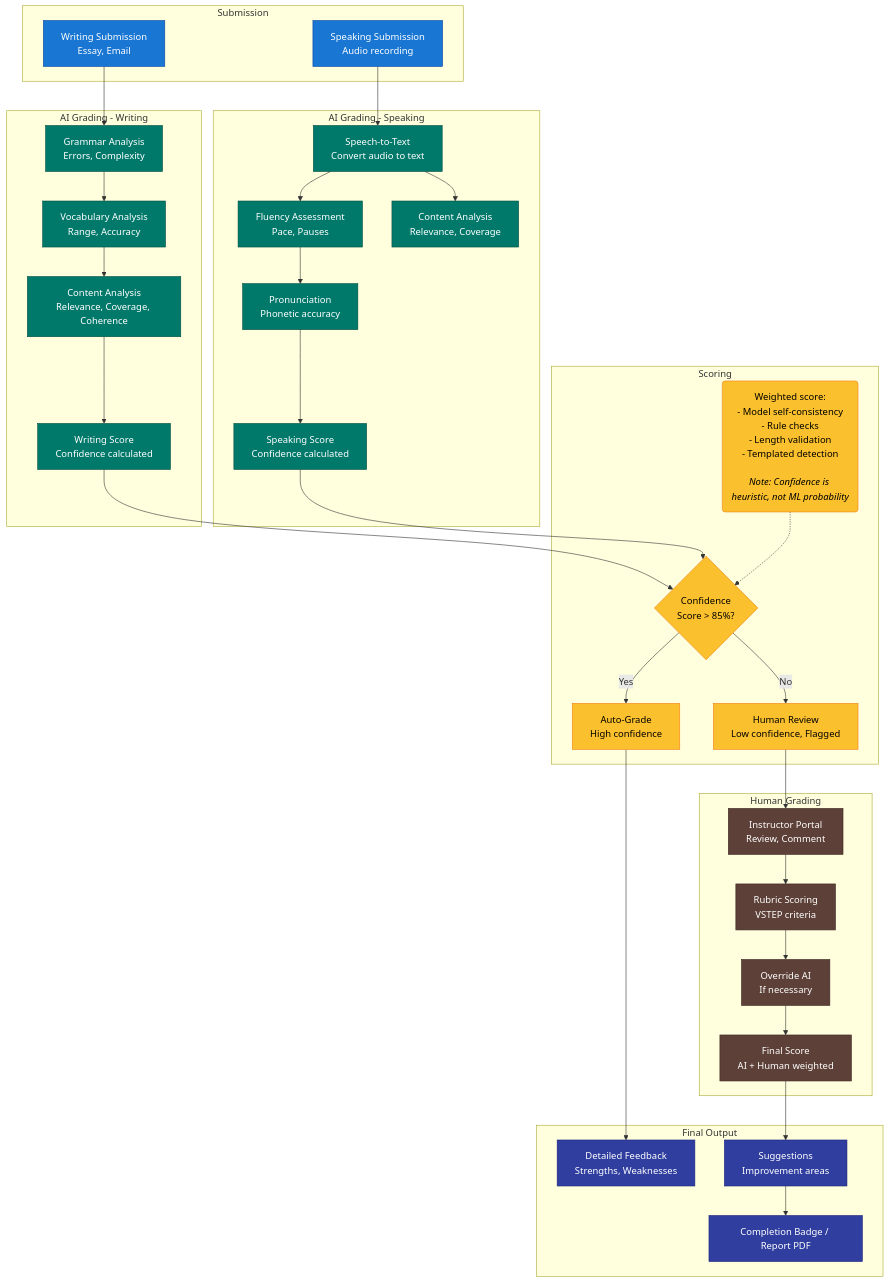
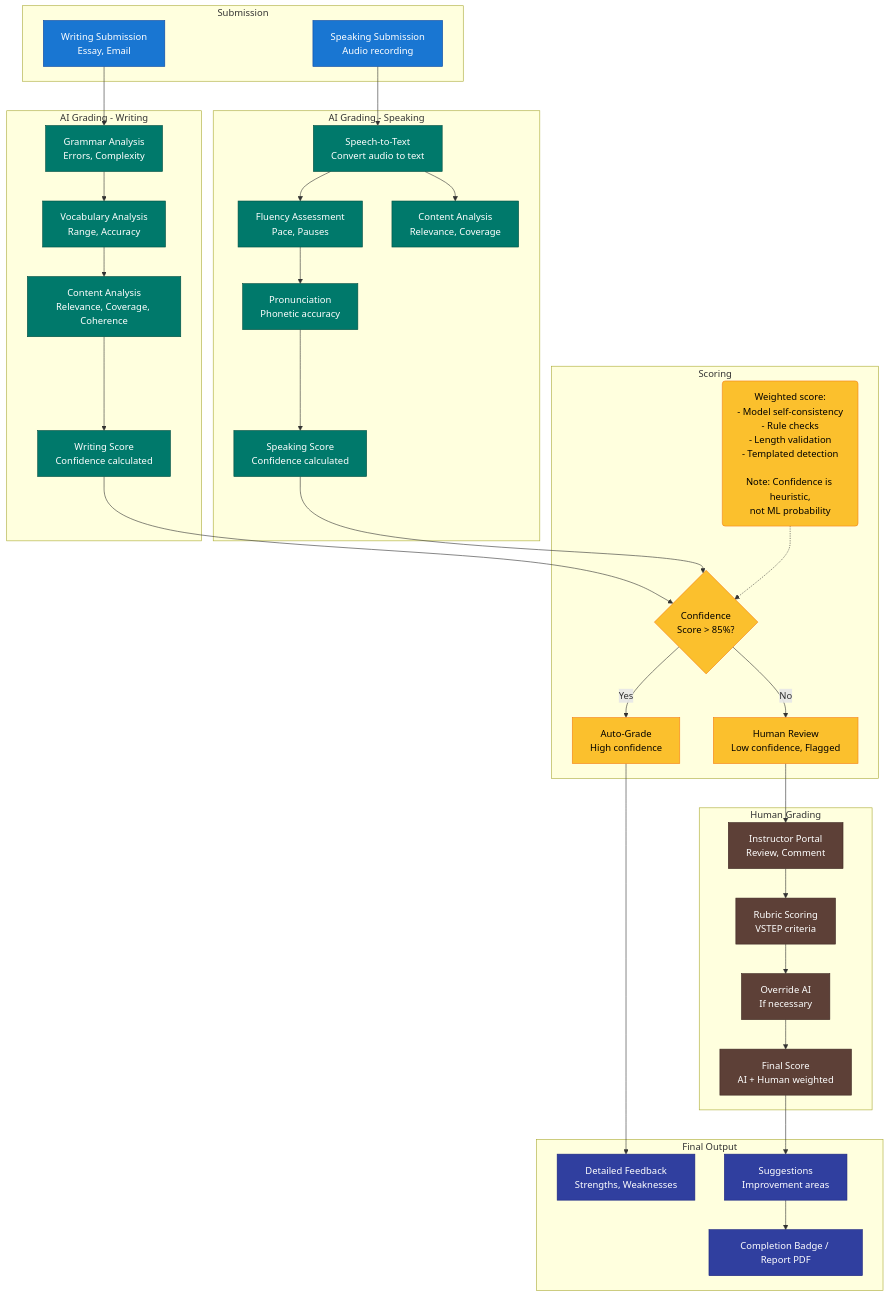
The sixth of 8 diagrams in docs/capstone/diagrams/flow-diagrams.md (nghyane/VSTEP), drawn with Mermaid before and after one commit. The commit also changed other lines of this file and 6 other files, not shown here.

First line of the commit message:
docs(specs): add Mermaid diagrams to all specs for visual clarity

```diff
--- a/docs/capstone/diagrams/flow-diagrams.md
+++ b/docs/capstone/diagrams/flow-diagrams.md
@@ -434,7 +434,7 @@
 
     subgraph Scoring ["Scoring"]
         Confidence{"Confidence<br/>Score > 85%?"}
-        NoteConfidence("Weighted score:<br/>- Model self-consistency<br/>- Rule checks<br/>- Length validation<br/>- Templated detection<br/><br/><i>Note: Confidence is heuristic, not ML probability</i>")
+        NoteConfidence("Weighted score:<br/>- Model self-consistency<br/>- Rule checks<br/>- Length validation<br/>- Templated detection<br/><br/>Note: Confidence is heuristic,<br/>not ML probability")
         AutoPass["Auto-Grade<br/>High confidence"]
         HumanReview["Human Review<br/>Low confidence, Flagged"]
     end
```
